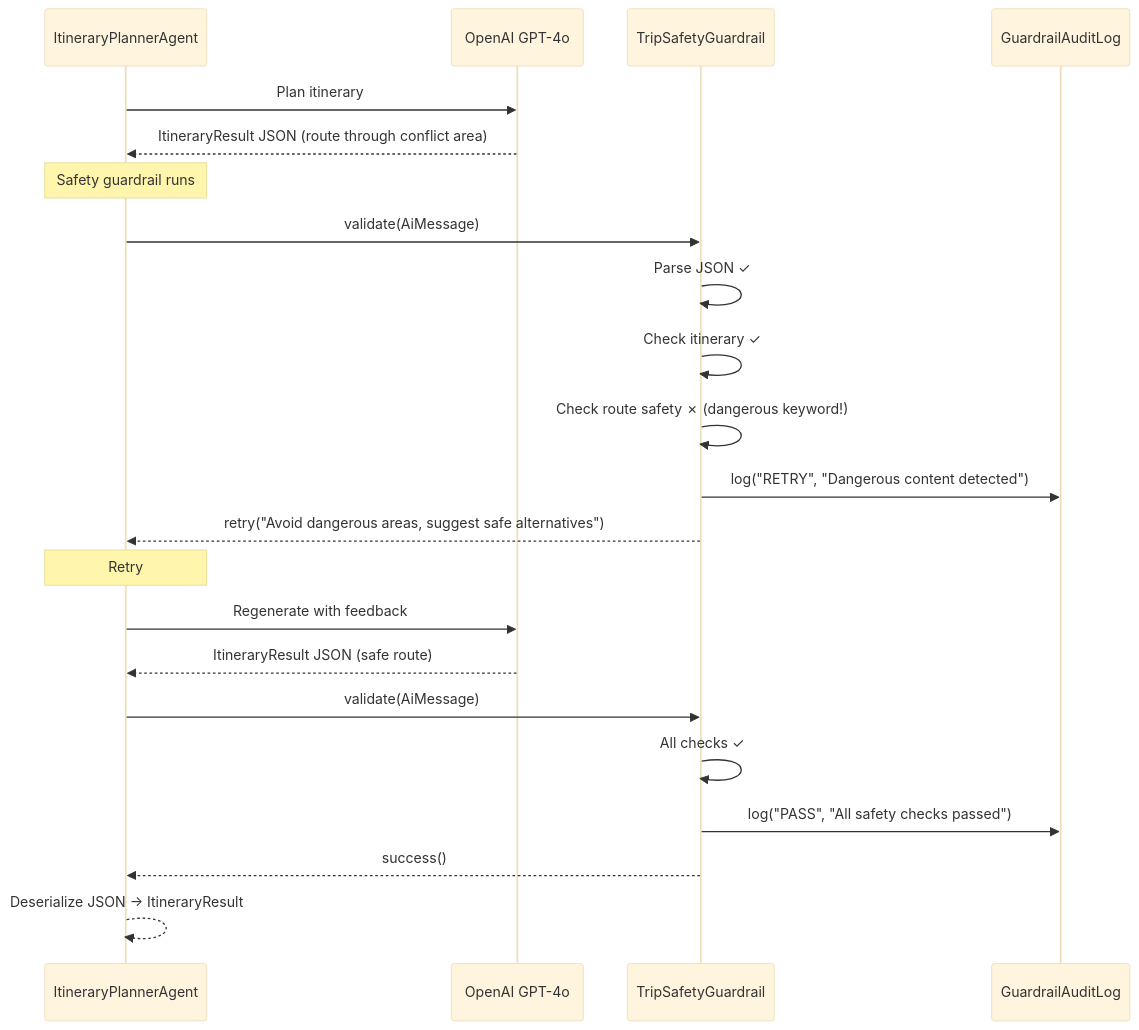
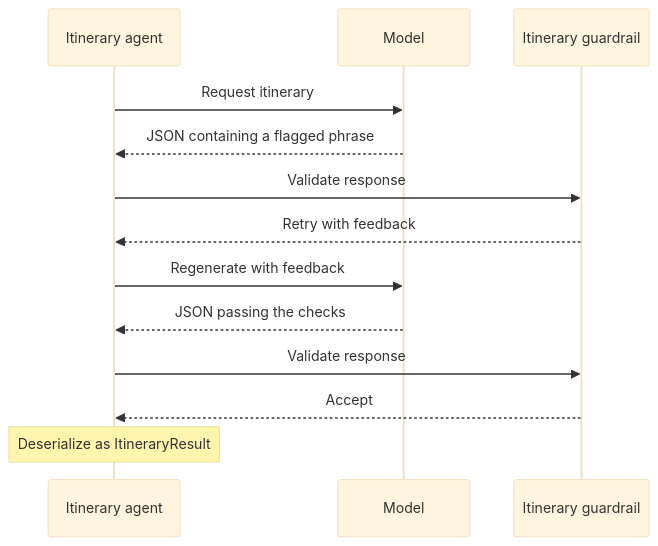
One commit to quarkusio/quarkus-workshop-langchain4j changed the second of 2 diagrams in docs/docs/section-3/step-02.md. Above: the diagram before and after it, drawn with Mermaid (base theme). The commit also changed other lines of this file and 9 other files, not shown here.

Commit message:
Improve doc style and flow of section 3

````diff
--- a/docs/docs/section-3/step-02.md
+++ b/docs/docs/section-3/step-02.md
@@ -382,31 +75,15 @@
 ```mermaid
 sequenceDiagram
-    participant IP as ItineraryPlannerAgent
-    participant LLM as OpenAI GPT-4o
-    participant G1 as TripSafetyGuardrail
-    participant Audit as GuardrailAuditLog
-
-    IP->>LLM: Plan itinerary
-    LLM-->>IP: ItineraryResult JSON (route through conflict area)
-
-    Note over IP: Safety guardrail runs
-
-    IP->>G1: validate(AiMessage)
-    G1->>G1: Parse JSON ✓
-    G1->>G1: Check itinerary ✓
-    G1->>G1: Check route safety ✗ (dangerous keyword!)
-    G1->>Audit: log("RETRY", "Dangerous content detected")
-    G1-->>IP: retry("Avoid dangerous areas, suggest safe alternatives")
-
-    Note over IP: Retry #1
-
-    IP->>LLM: Regenerate with feedback
-    LLM-->>IP: ItineraryResult JSON (safe route)
-
-    IP->>G1: validate(AiMessage)
-    G1->>G1: All checks ✓
-    G1->>Audit: log("PASS", "All safety checks passed")
-    G1-->>IP: success()
-
-    IP-->>IP: Deserialize JSON → ItineraryResult
+    participant A as Itinerary agent
+    participant M as Model
+    participant G as Itinerary guardrail
+    A->>M: Request itinerary
+    M-->>A: JSON containing a flagged phrase
+    A->>G: Validate response
+    G-->>A: Retry with feedback
+    A->>M: Regenerate with feedback
+    M-->>A: JSON passing the checks
+    A->>G: Validate response
+    G-->>A: Accept
+    Note over A: Deserialize as ItineraryResult
 ```
````
